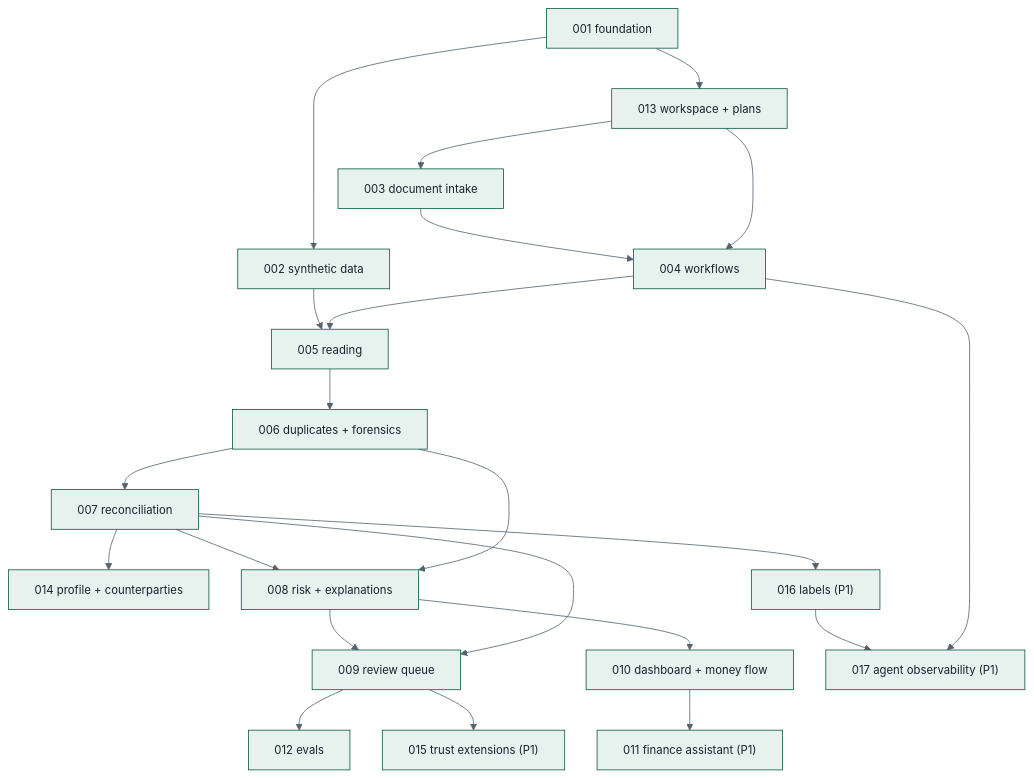
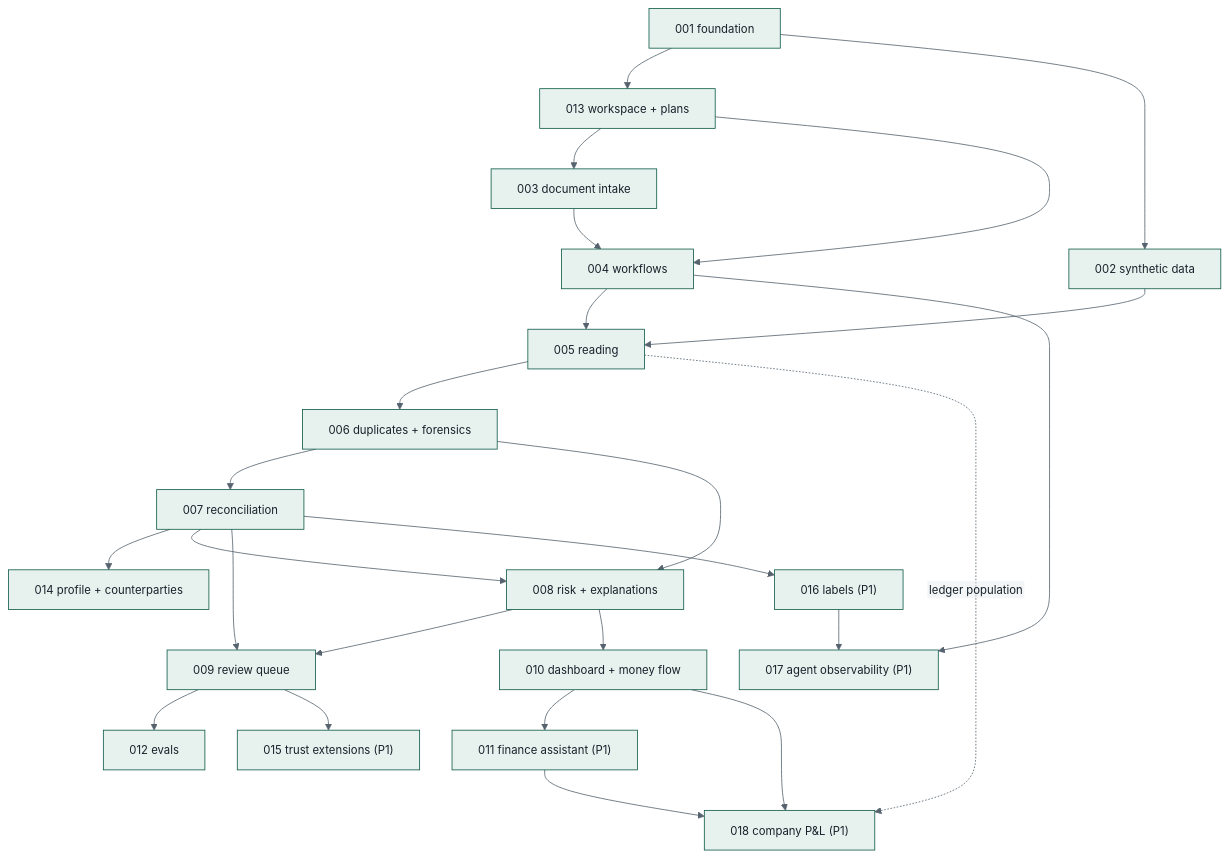
Before and after one commit to fadlytanjung/kredibel: the diagram in docs/specs/README.md, drawn with Mermaid. The commit also changed other lines of this file and 78 other files, not shown here.

````diff
--- a/docs/specs/README.md
+++ b/docs/specs/README.md
@@ -33,25 +35,28 @@
 ```mermaid
 %%{init: {"theme": "base", "themeVariables": {"fontFamily": "Arial, Helvetica, sans-serif", "fontSize": "14px", "primaryColor": "#E7F2EE", "primaryBorderColor": "#0E5A47", "primaryTextColor": "#16212B", "lineColor": "#56636F", "secondaryColor": "#E8ECEE", "tertiaryColor": "#FFFFFF", "clusterBkg": "#F2F4F5", "clusterBorder": "#B9C2CA", "noteBkgColor": "#FFF5D6", "noteTextColor": "#16212B"}, "htmlLabels": false, "flowchart": {"htmlLabels": false, "padding": 16, "nodeSpacing": 40, "rankSpacing": 50, "wrappingWidth": 220}, "sequence": {"wrap": true, "useMaxWidth": true, "noteFontFamily": "Arial, Helvetica, sans-serif", "messageFontFamily": "Arial, Helvetica, sans-serif", "actorFontFamily": "Arial, Helvetica, sans-serif"}}}%%
 flowchart TB
     s001["001 foundation"] --> s013["013 workspace + plans"]
     s001 --> s002["002 synthetic data"]
     s013 --> s003["003 document intake"]
     s003 --> s004["004 workflows"]
     s013 --> s004
     s002 --> s005["005 reading"]
     s004 --> s005
     s005 --> s006["006 duplicates + forensics"]
     s006 --> s007["007 reconciliation"]
     s007 --> s014["014 profile + counterparties"]
     s007 --> s008["008 risk + explanations"]
     s006 --> s008
     s008 --> s009["009 review queue"]
     s007 --> s009
     s008 --> s010["010 dashboard + money flow"]
     s009 --> s012["012 evals"]
     s010 --> s011["011 finance assistant (P1)"]
     s009 --> s015["015 trust extensions (P1)"]
     s007 --> s016["016 labels (P1)"]
     s016 --> s017["017 agent observability (P1)"]
     s004 --> s017
+    s010 --> s018["018 company P&L (P1)"]
+    s011 --> s018
+    s005 -. ledger population .-> s018
 ```
````
